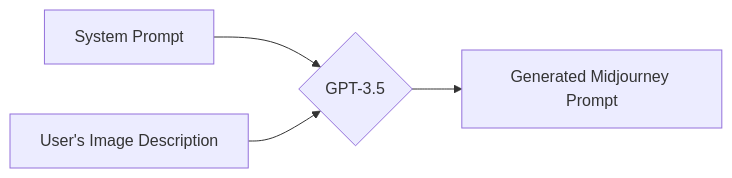
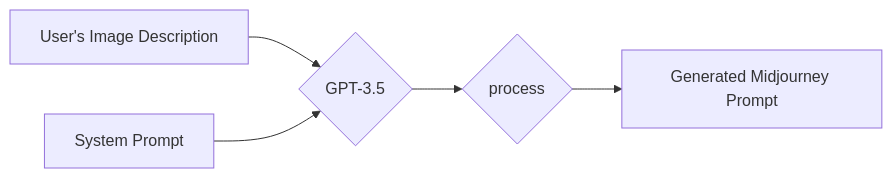
One commit to AnthusAI/openai-midjourney-prompt-generator changed the first of 2 diagrams in README.md. Above: the diagram before and after it, drawn with Mermaid.

Commit message:
Add processing step to diagram in README.

````diff
--- a/README.md
+++ b/README.md
@@ -7,7 +7,8 @@
 ```mermaid
 graph LR
+    A[User's Image Description] --> B
     C[System Prompt] --> B
-    A[User's Image Description] --> B
-    B{GPT-3.5} --> D[Generated Midjourney Prompt]
+    B{GPT-3.5} --> D
+    D{process} --> E[Generated Midjourney Prompt]
 
 ```
````
